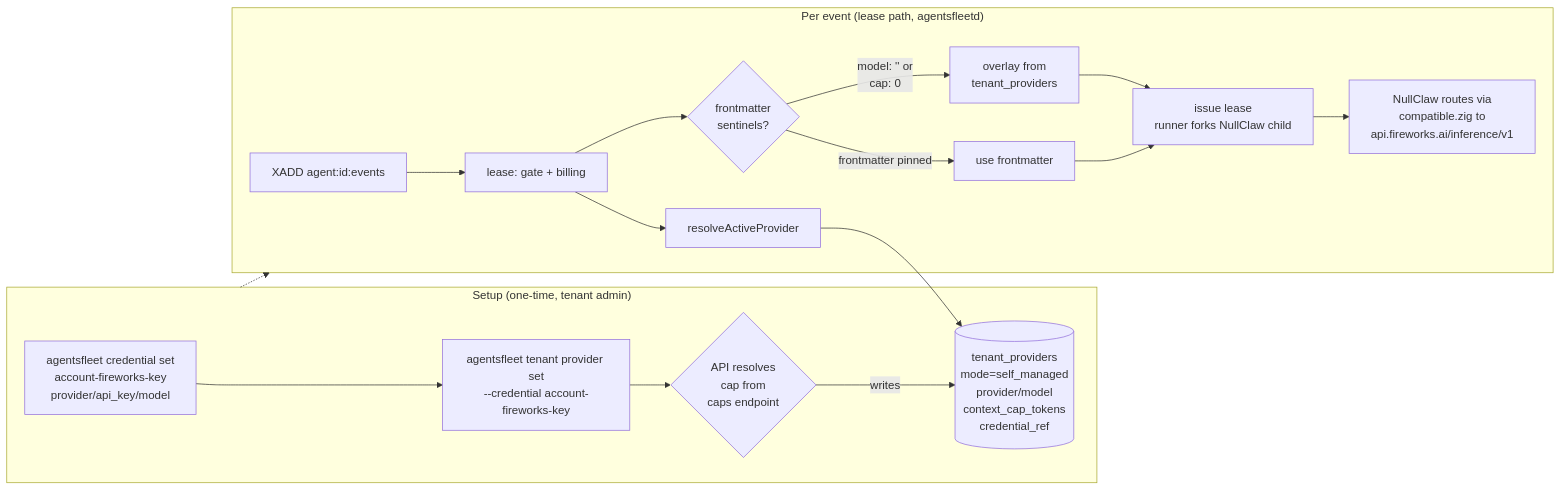
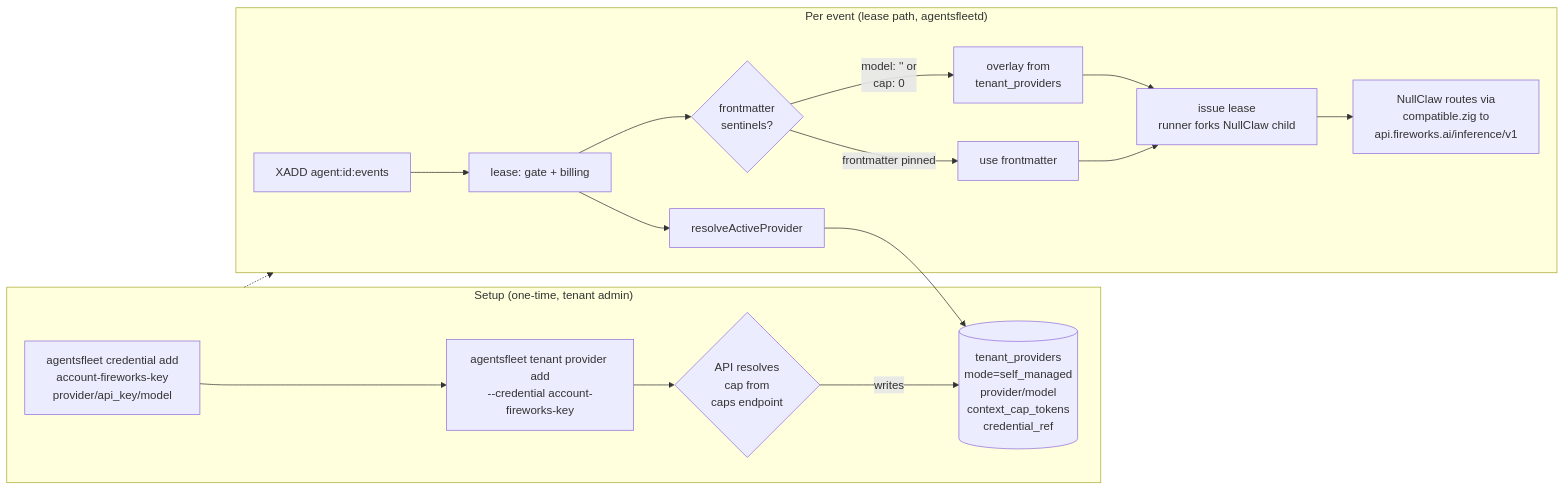
The diagram in docs/architecture/scenarios/02_self_managed.md (agentsfleet/agentsfleet), drawn with Mermaid before and after one commit. The commit also changed other lines of this file and 15 other files, not shown here.

First line of the commit message:
docs(architecture): correct drift across architecture docs vs code

````diff
--- a/docs/architecture/scenarios/02_self_managed.md
+++ b/docs/architecture/scenarios/02_self_managed.md
@@ -23,20 +23,20 @@
 ```mermaid
 flowchart LR
     subgraph Setup["Setup (one-time, tenant admin)"]
-        A[agentsfleet credential set<br/>account-fireworks-key<br/>provider/api_key/model] --> B[agentsfleet tenant provider set<br/>--credential account-fireworks-key]
+        A[agentsfleet credential add<br/>account-fireworks-key<br/>provider/api_key/model] --> B[agentsfleet tenant provider add<br/>--credential account-fireworks-key]
         B --> C{API resolves<br/>cap from<br/>caps endpoint}
         C -->|writes| D[(tenant_providers<br/>mode=self_managed<br/>provider/model<br/>context_cap_tokens<br/>credential_ref)]
     end
     subgraph Trigger["Per event (lease path, agentsfleetd)"]
         E[XADD agent:id:events] --> F[lease: gate + billing]
         F --> G[resolveActiveProvider]
         G --> D
         F --> H{frontmatter<br/>sentinels?}
         H -->|model: '' or<br/>cap: 0| I[overlay from<br/>tenant_providers]
         H -->|frontmatter pinned| J[use frontmatter]
         I --> K[issue lease<br/>runner forks NullClaw child]
         J --> K
         K --> L[NullClaw routes via<br/>compatible.zig to<br/>api.fireworks.ai/inference/v1]
     end
     Setup -.-> Trigger
 ```
````
